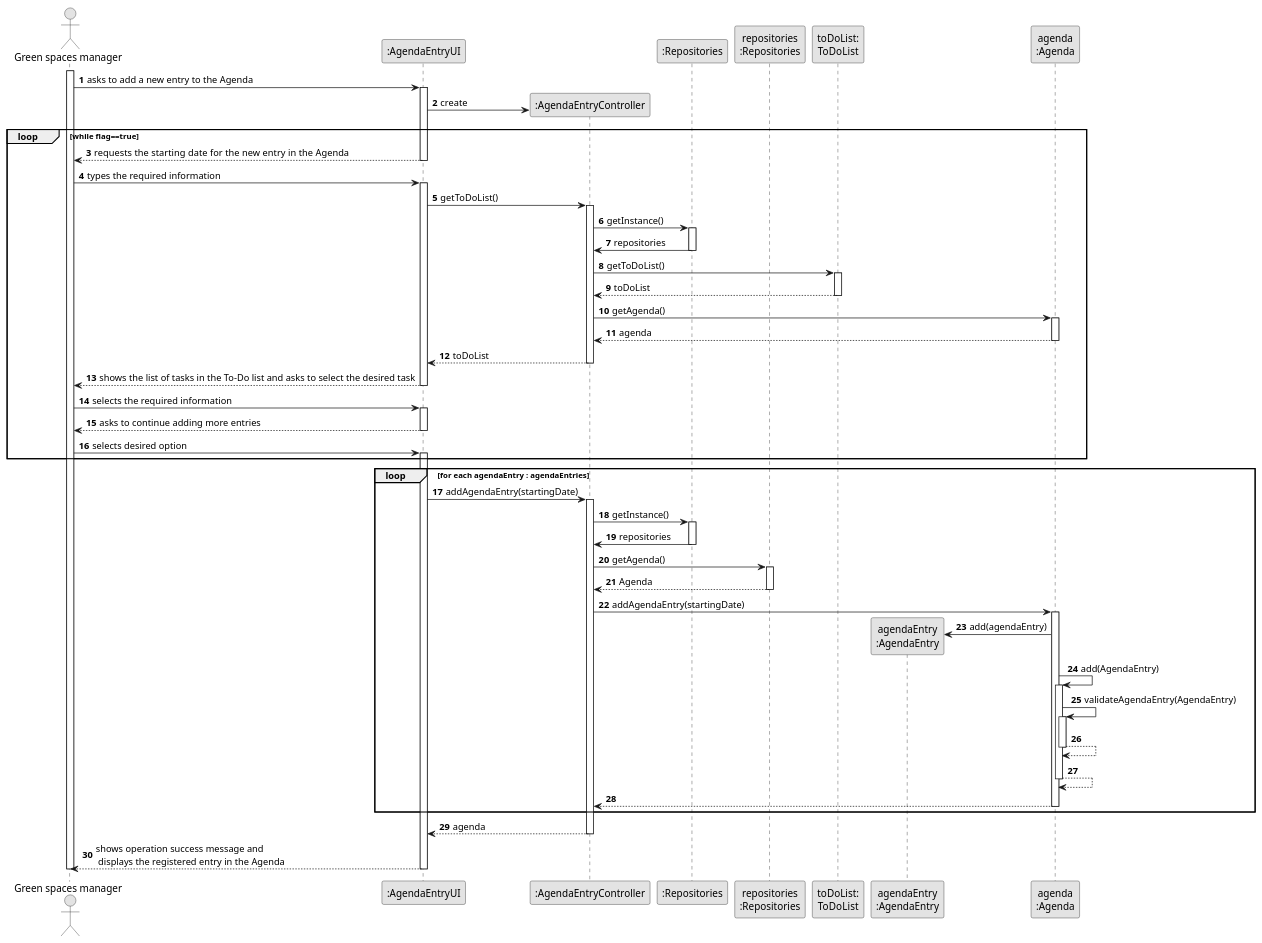
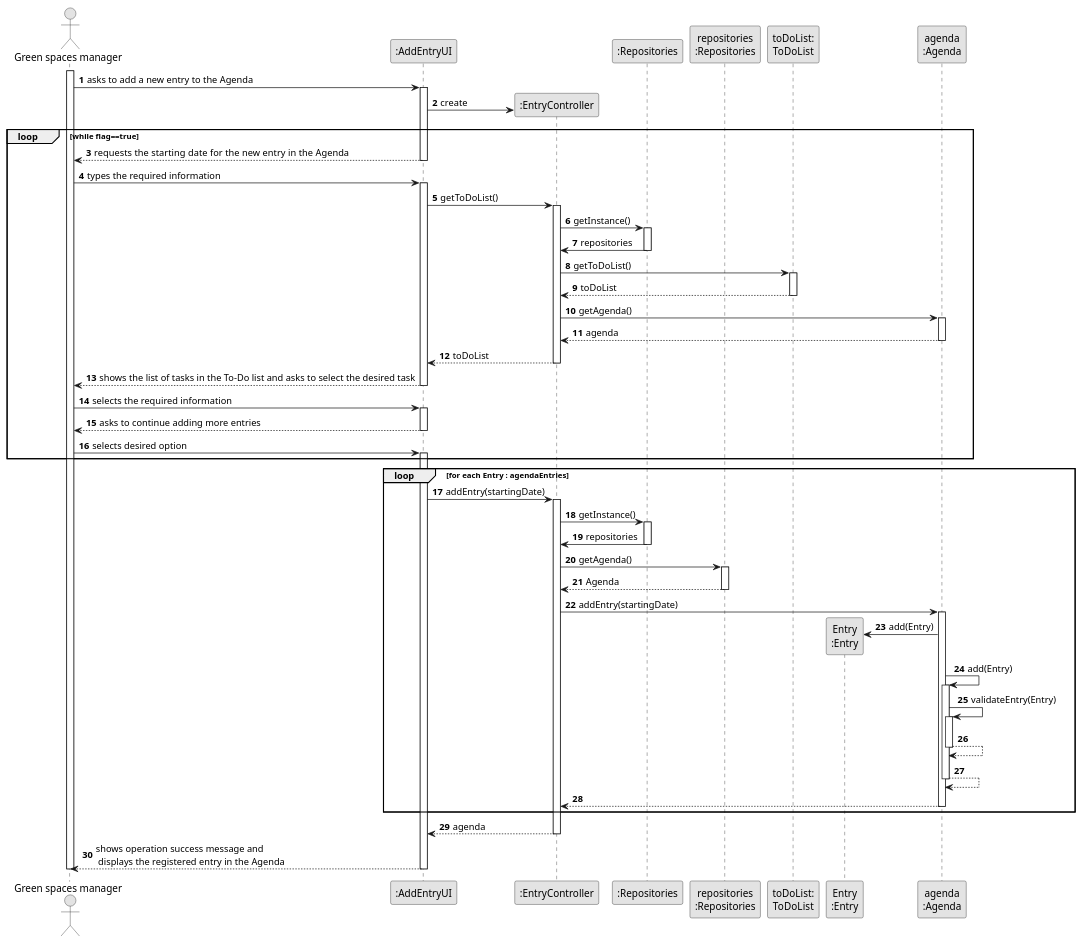
The diagram in docs/sprintC/us022/03.design/puml/us022-sequence-diagram-full.puml (Departamento-de-Engenharia-Informatica/lei-24-s2-1dl-g121), drawn with PlantUML before and after one commit. The commit also changed 4 other files, not shown here.

```diff
--- a/docs/sprintC/us022/03.design/puml/us022-sequence-diagram-full.puml
+++ b/docs/sprintC/us022/03.design/puml/us022-sequence-diagram-full.puml
@@ -1,111 +1,111 @@
 @startuml
 skinparam monochrome true
 skinparam packageStyle rectangle
 skinparam shadowing false
 
 autonumber
 
 'hide footbox
 actor "Green spaces manager" as GSM
-participant ":AgendaEntryUI" as UI
-participant ":AgendaEntryController" as CTRL
+participant ":AddEntryUI" as UI
+participant ":EntryController" as CTRL
 participant ":Repositories" as RepositorySingleton
 participant "repositories\n:Repositories" as PLAT
 participant "toDoList:\nToDoList" as TODO
-participant "agendaEntry\n:AgendaEntry" as ENTRY
+participant "Entry\n:Entry" as ENTRY
 participant "agenda\n:Agenda" as Agenda
 
 
 activate GSM
 
     GSM -> UI : asks to add a new entry to the Agenda
 
         activate UI
 
         UI -> CTRL** : create
 
 loop while flag==true
         UI --> GSM : requests the starting date for the  new entry in the Agenda
 
         deactivate UI
 
     GSM -> UI : types the required information
 
         activate UI
         UI->CTRL:getToDoList()
         activate CTRL
          CTRL-> RepositorySingleton : getInstance()
                                 activate RepositorySingleton
 
                                 RepositorySingleton -> CTRL : repositories
                                 deactivate RepositorySingleton
 
                                 CTRL -> TODO : getToDoList()
                                 activate TODO
 
                                 TODO --> CTRL : toDoList
                                 deactivate TODO
                                 CTRL-> Agenda: getAgenda()
                                 activate Agenda
                                 Agenda--> CTRL: agenda
                                 deactivate Agenda
                                 CTRL-->UI: toDoList
                                 deactivate CTRL
 
         UI --> GSM : shows the list of tasks in the To-Do list and asks to select the desired task
                 deactivate UI
 
                 GSM -> UI : selects the required information
                 activate UI
 
         UI --> GSM : asks to continue adding more entries
 
         deactivate UI
 
     GSM -> UI : selects desired option
             activate UI
 end
-        loop for each agendaEntry : agendaEntries
-            UI->CTRL: addAgendaEntry(startingDate)
+        loop for each Entry : agendaEntries
+            UI->CTRL: addEntry(startingDate)
             activate CTRL
 
                         CTRL -> RepositorySingleton : getInstance()
                         activate RepositorySingleton
 
                         RepositorySingleton -> CTRL : repositories
                         deactivate RepositorySingleton
 
                         CTRL -> PLAT : getAgenda()
                         activate PLAT
 
                         PLAT --> CTRL : Agenda
                         deactivate PLAT
 
-                         CTRL ->Agenda: addAgendaEntry(startingDate)
+                         CTRL ->Agenda: addEntry(startingDate)
                                     activate Agenda
 
-                                    Agenda -> ENTRY**: add(agendaEntry)
-                                    Agenda ->Agenda:add(AgendaEntry)
+                                    Agenda -> ENTRY**: add(Entry)
+                                    Agenda ->Agenda:add(Entry)
                                     activate Agenda
-                                    Agenda ->Agenda: validateAgendaEntry(AgendaEntry)
+                                    Agenda ->Agenda: validateEntry(Entry)
                                     activate Agenda
                                     Agenda -->Agenda
                                     deactivate Agenda
                                     Agenda -->Agenda
                                     deactivate Agenda
 
                                     Agenda -->CTRL:
                                     deactivate Agenda
 
 
         end
         CTRL --> UI : agenda
 
             deactivate CTRL
 
         UI --> GSM : shows operation success message and\n displays the registered entry in the Agenda
     deactivate UI
 
 deactivate GSM
 
 @enduml
```
